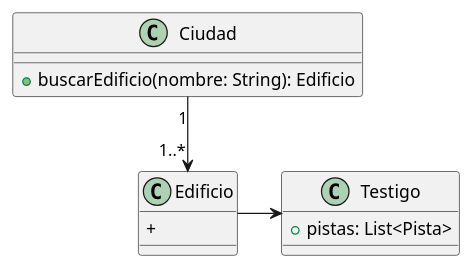
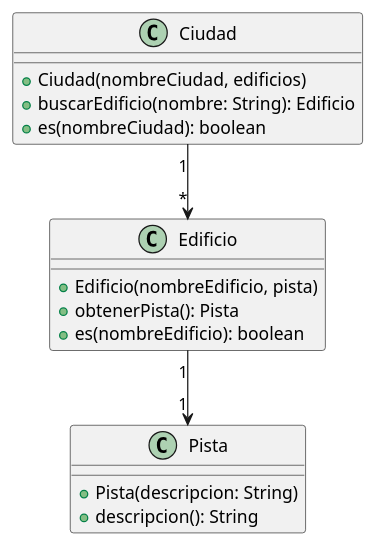
The diagram in diagrams/classes/clase_ciudad.plantuml (MegaRedHand/algo-thief), drawn with PlantUML before and after one commit. The commit also changed 20 other files, not shown here.

Commit message:
docs: actualizo los diagramas de clase

```diff
--- a/diagrams/classes/clase_ciudad.plantuml
+++ b/diagrams/classes/clase_ciudad.plantuml
@@ -1,22 +1,23 @@
 @startuml
 
 class Ciudad {
+    + Ciudad(nombreCiudad, edificios)
     + buscarEdificio(nombre: String): Edificio
-}
-
-class Testigo {
-    + pistas: List<Pista>
+    + es(nombreCiudad): boolean
 }
 
 class Edificio {
-    +
+    + Edificio(nombreEdificio, pista)
+    + obtenerPista(): Pista
+    + es(nombreEdificio): boolean
 }
 
-'class Banco implements Edificio
-'class Museo implements Edificio
-'class Puerto implements Edificio
+class Pista {
+    + Pista(descripcion: String)
+    + descripcion(): String
+}
 
-Ciudad "1" --> "1..*" Edificio
-Edificio -> Testigo
+Ciudad "1" --> "*" Edificio
+Edificio "1" --> "1" Pista
 
 @enduml
```
